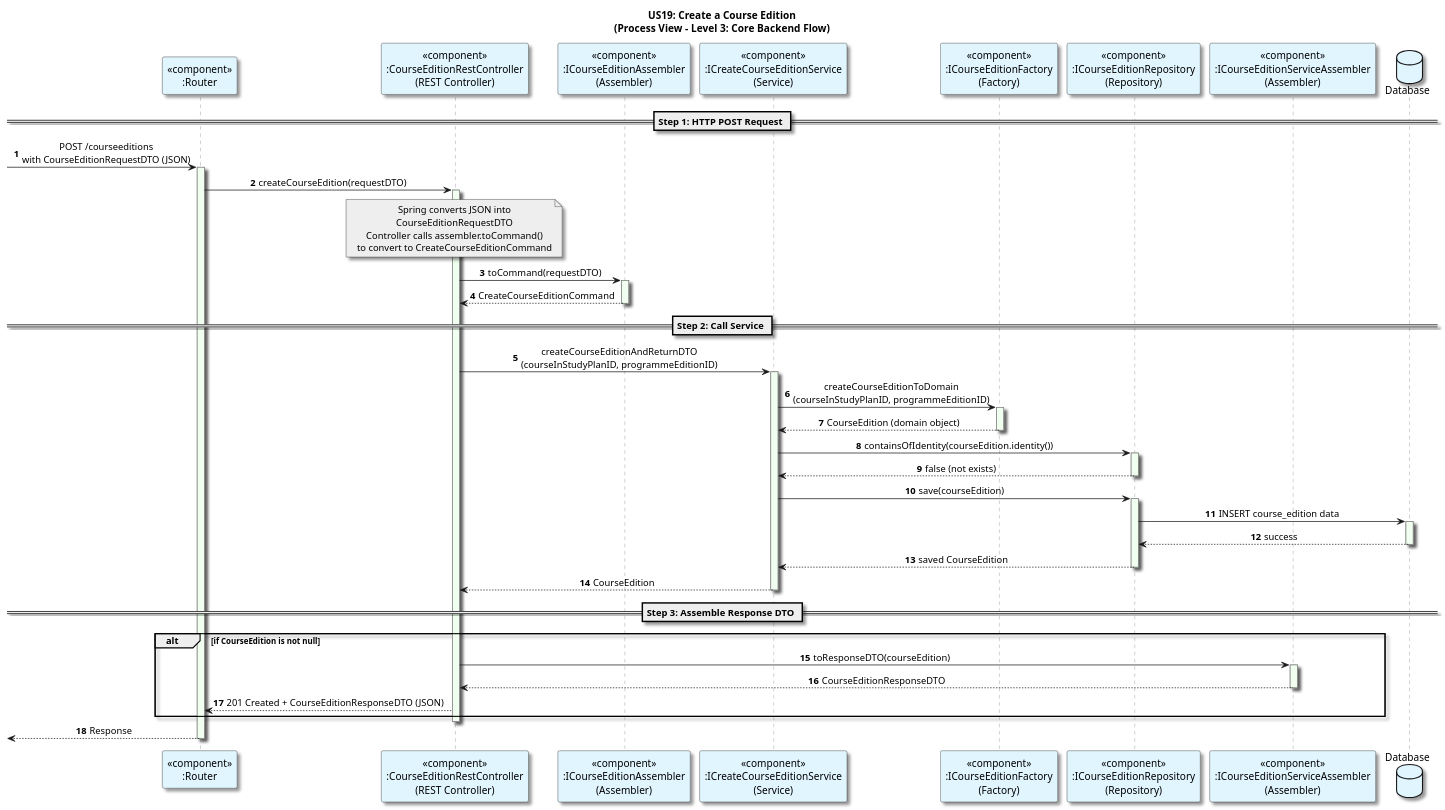
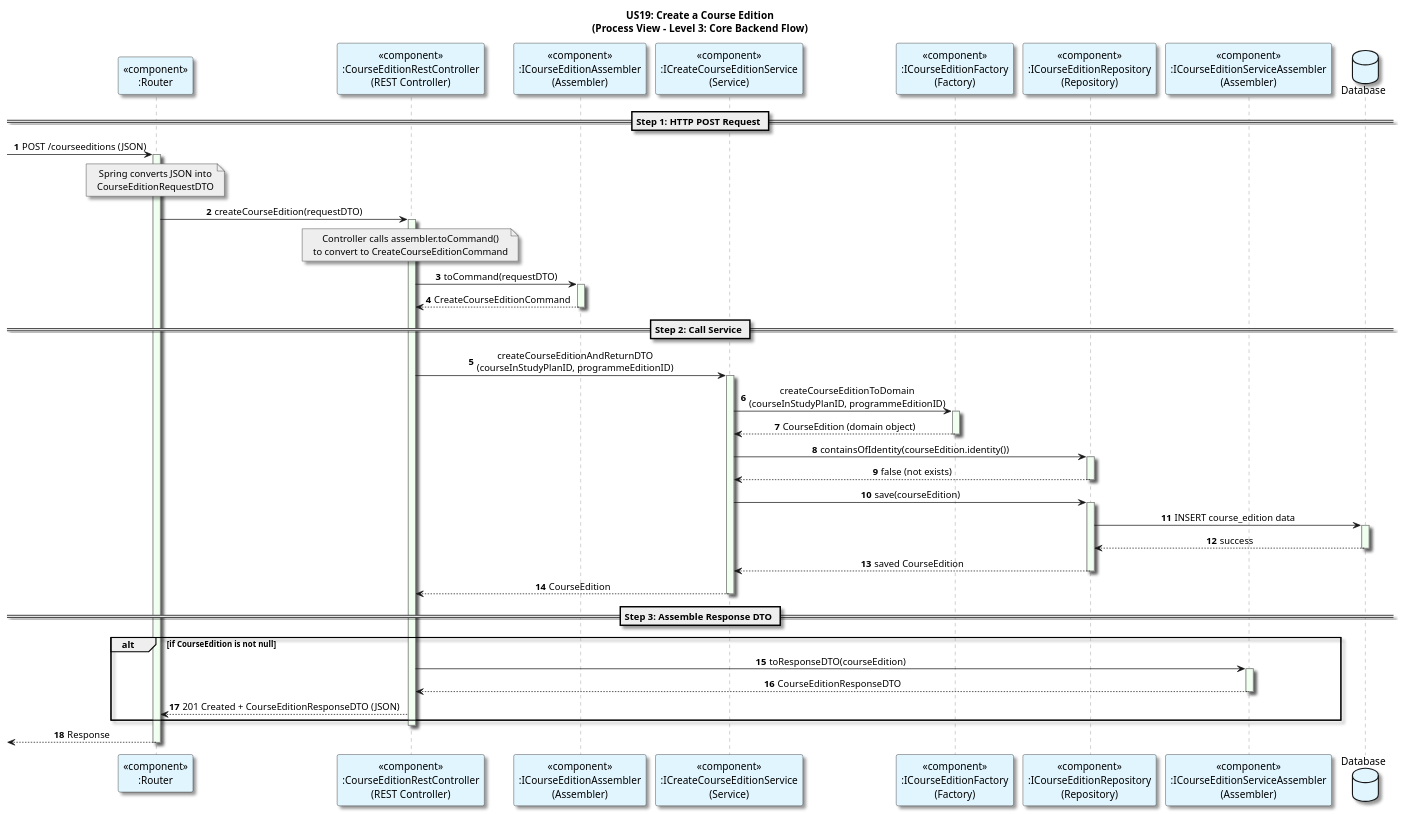
Before and after one commit to GasparISEP/DevOps-PAI: the diagram in docs/US19/Sprint6_RestAPI/ProcessView/CreateCourseEdition_ProcessView_Level3_Backend_Simplified.puml, drawn with PlantUML. The commit also changed 1 other file, not shown here.

Commit message:
docs(process-view level 3): replace natural messages with REST endpoints in course edition creation flow to reflect actual API contract and drop programme name (acronym is unique identifier) (refs #536, #549)

```diff
--- a/docs/US19/Sprint6_RestAPI/ProcessView/CreateCourseEdition_ProcessView_Level3_Backend_Simplified.puml
+++ b/docs/US19/Sprint6_RestAPI/ProcessView/CreateCourseEdition_ProcessView_Level3_Backend_Simplified.puml
@@ -1,96 +1,97 @@
 @startuml
 title US19: Create a Course Edition\n(Process View - Level 3: Core Backend Flow)
 
 autonumber
 
 skinparam {
   ActivityPadding 2
   ActivityMargin 2
   BoxPadding 2
 }
 skinparam sequence {
     LifeLineBorderColor Grey
     LifeLineBackgroundColor HoneyDew
 }
 skinparam defaultTextAlignment center
 skinparam shadowing true
 
 participant "<<component>>\n:Router" as Router #E1F5FE
 participant "<<component>>\n:CourseEditionRestController\n(REST Controller)" as Controller #E1F5FE
 participant "<<component>>\n:ICourseEditionAssembler\n(Assembler)" as Assembler #E1F5FE
 participant "<<component>>\n:ICreateCourseEditionService\n(Service)" as Service #E1F5FE
 participant "<<component>>\n:ICourseEditionFactory\n(Factory)" as Factory #E1F5FE
 participant "<<component>>\n:ICourseEditionRepository\n(Repository)" as Repository #E1F5FE
 participant "<<component>>\n:ICourseEditionServiceAssembler\n(Assembler)" as SAssembler #E1F5FE
 database "Database" as DB #E1F5FE
 
 == Step 1: HTTP POST Request ==
 
--> Router: POST /courseeditions\nwith CourseEditionRequestDTO (JSON)
+-> Router: POST /courseeditions (JSON)
 activate Router
-
+note over Router #EEEEEE
+Spring converts JSON into
+CourseEditionRequestDTO
+end note
 Router -> Controller: createCourseEdition(requestDTO)
 activate Controller
 
 note over Controller #EEEEEE
-Spring converts JSON into
-CourseEditionRequestDTO
 Controller calls assembler.toCommand()
 to convert to CreateCourseEditionCommand
 end note
 
 Controller -> Assembler: toCommand(requestDTO)
 activate Assembler
 Assembler --> Controller: CreateCourseEditionCommand
 deactivate Assembler
 
 
 == Step 2: Call Service ==
 
 Controller -> Service: createCourseEditionAndReturnDTO\n(courseInStudyPlanID, programmeEditionID)
 activate Service
 
 
 Service -> Factory: createCourseEditionToDomain\n(courseInStudyPlanID, programmeEditionID)
 activate Factory
 
 Factory --> Service: CourseEdition (domain object)
 deactivate Factory
 
 Service -> Repository: containsOfIdentity(courseEdition.identity())
 activate Repository
 Repository --> Service: false (not exists)
 deactivate Repository
 
 Service -> Repository: save(courseEdition)
 activate Repository
 
 Repository -> DB: INSERT course_edition data
 activate DB
 DB --> Repository: success
 deactivate DB
 
 Repository --> Service: saved CourseEdition
 deactivate Repository
 
 Service --> Controller: CourseEdition
 deactivate Service
 
 == Step 3: Assemble Response DTO ==
 
 alt if CourseEdition is not null
     Controller -> SAssembler: toResponseDTO(courseEdition)
     activate SAssembler
     SAssembler --> Controller: CourseEditionResponseDTO
     deactivate SAssembler
 
     Controller --> Router: 201 Created + CourseEditionResponseDTO (JSON)
 
 end
 
 deactivate Controller
 
 <-- Router: Response
 deactivate Router
 
 @enduml
```
